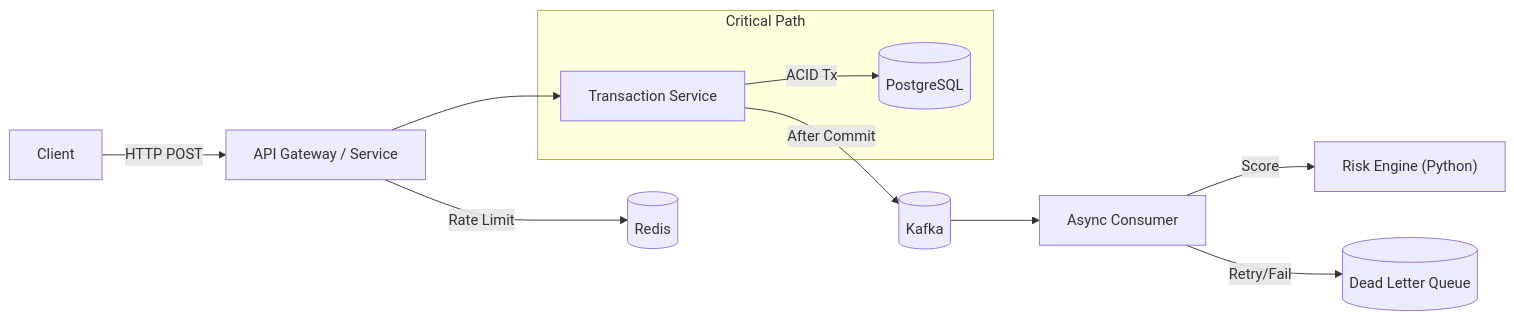
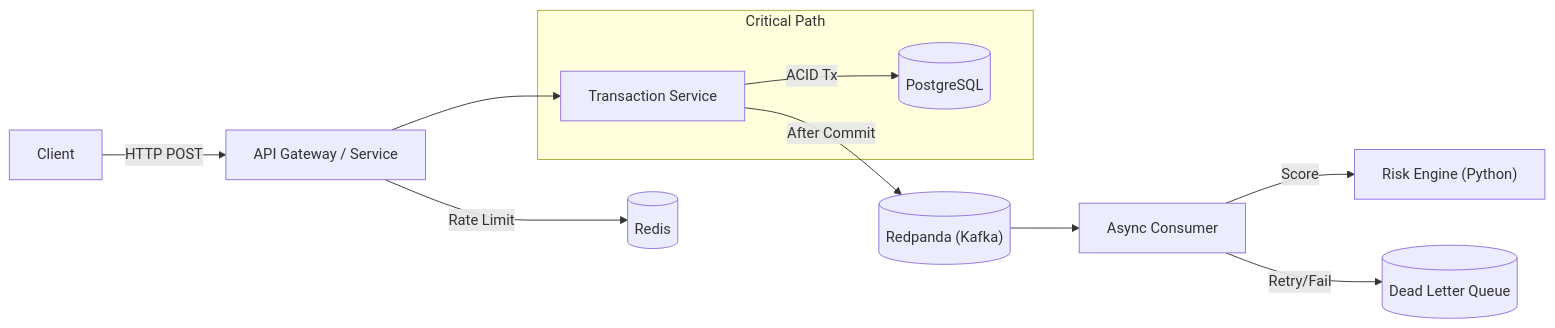
Before and after one commit to Partho-Mal/fintech-transaction-service: the diagram in README.md, drawn with Mermaid. The commit also changed other lines of this file, not shown here.

First line of the commit message:
Replace Kafka with Redpanda in README

````diff
--- a/README.md
+++ b/README.md
@@ -15,17 +15,17 @@
 ```mermaid
 flowchart LR
     Client -->|HTTP POST| API["API Gateway / Service"]
     API -->|Rate Limit| Redis[("Redis")]
     API --> Service["Transaction Service"]
     Service -->|ACID Tx| DB[("PostgreSQL")]
     
     subgraph "Critical Path"
     Service
     DB
     end
     
-    Service -->|After Commit| Kafka[("Kafka")]
-    Kafka --> Consumer["Async Consumer"]
+    Service -->|After Commit| Redpanda[("Redpanda (Kafka)")]
+    Redpanda --> Consumer["Async Consumer"]
     Consumer -->|Score| Risk["Risk Engine (Python)"]
     Consumer -->|Retry/Fail| DLQ[("Dead Letter Queue")]
 ```
````
